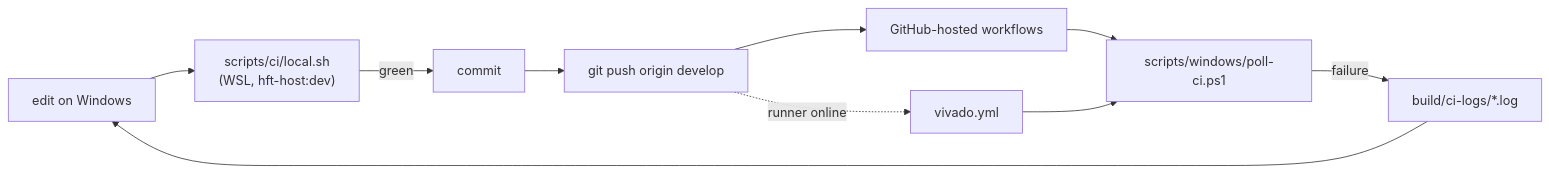
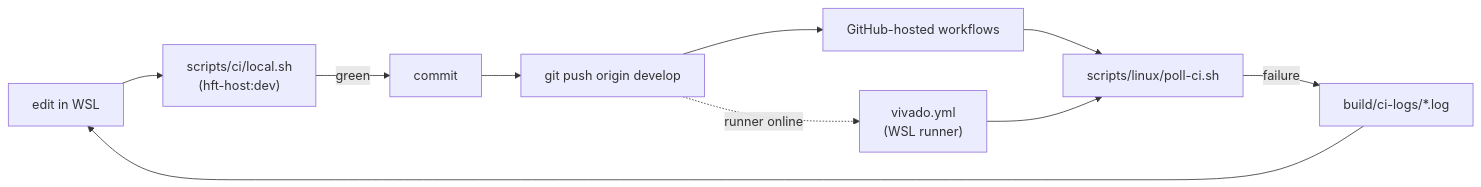
One commit to ps-chong/hft-toy-project changed the diagram in docs/workflow/07-ci.md. Above: the diagram before and after it, drawn with Mermaid. The commit also changed other lines of this file and 16 other files, not shown here.

First line of the commit message:
docs: the WSL checkout and scripts/linux next to the Windows workflow

````diff
--- a/docs/workflow/07-ci.md
+++ b/docs/workflow/07-ci.md
@@ -20,11 +20,11 @@
 ```mermaid
 flowchart LR
-    Edit["edit on Windows"] --> Local["scripts/ci/local.sh<br/>(WSL, hft-host:dev)"]
+    Edit["edit in WSL"] --> Local["scripts/ci/local.sh<br/>(hft-host:dev)"]
     Local -->|green| Commit["commit"]
     Commit --> Push["git push origin develop"]
     Push --> Hosted["GitHub-hosted workflows"]
-    Push -.->|"runner online"| Vivado["vivado.yml"]
-    Hosted --> Poll["scripts/windows/poll-ci.ps1"]
+    Push -.->|"runner online"| Vivado["vivado.yml<br/>(WSL runner)"]
+    Hosted --> Poll["scripts/linux/poll-ci.sh"]
     Vivado --> Poll
     Poll -->|failure| Logs["build/ci-logs/*.log"] --> Edit
 ```
````
